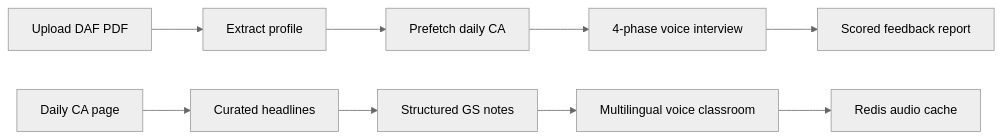
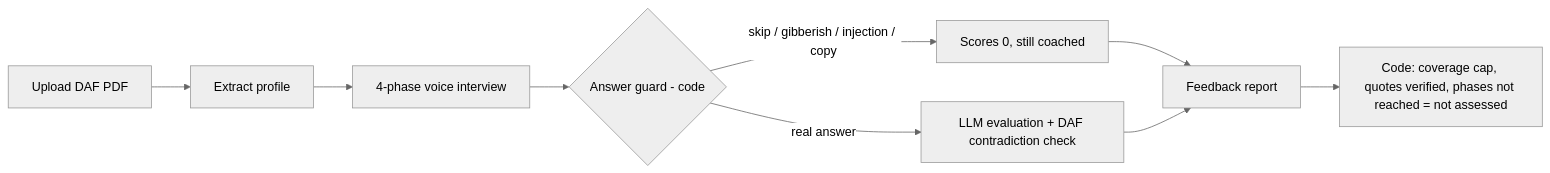
The first of 2 diagrams in README.md (UTSAVPANCHAL2006/BoardPrep-AI), drawn with Mermaid (neutral theme) before and after one commit. The commit also changed other lines of this file and 5 other files, not shown here.

````diff
--- a/README.md
+++ b/README.md
@@ -56,12 +65,11 @@
 ```mermaid
 flowchart LR
     A[Upload DAF PDF] --> B[Extract profile]
-    B --> C[Prefetch daily CA]
-    C --> D[4-phase voice interview]
-    D --> E[Scored feedback report]
-
-    F[Daily CA page] --> G[Curated headlines]
-    G --> H[Structured GS notes]
-    H --> I[Multilingual voice classroom]
-    I --> J[Redis audio cache]
+    B --> D[4-phase voice interview]
+    D --> G{Answer guard - code}
+    G -- skip / gibberish / injection / copy --> Z[Scores 0, still coached]
+    G -- real answer --> E[LLM evaluation + DAF contradiction check]
+    Z --> R[Feedback report]
+    E --> R
+    R --> C[Code: coverage cap, quotes verified, phases not reached = not assessed]
 ```
````
